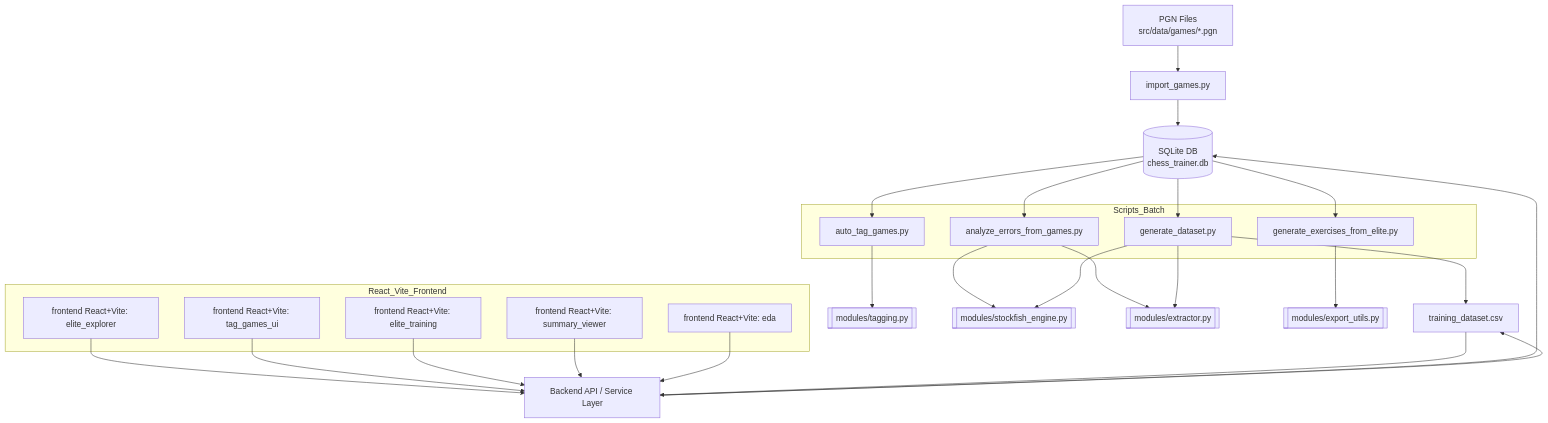
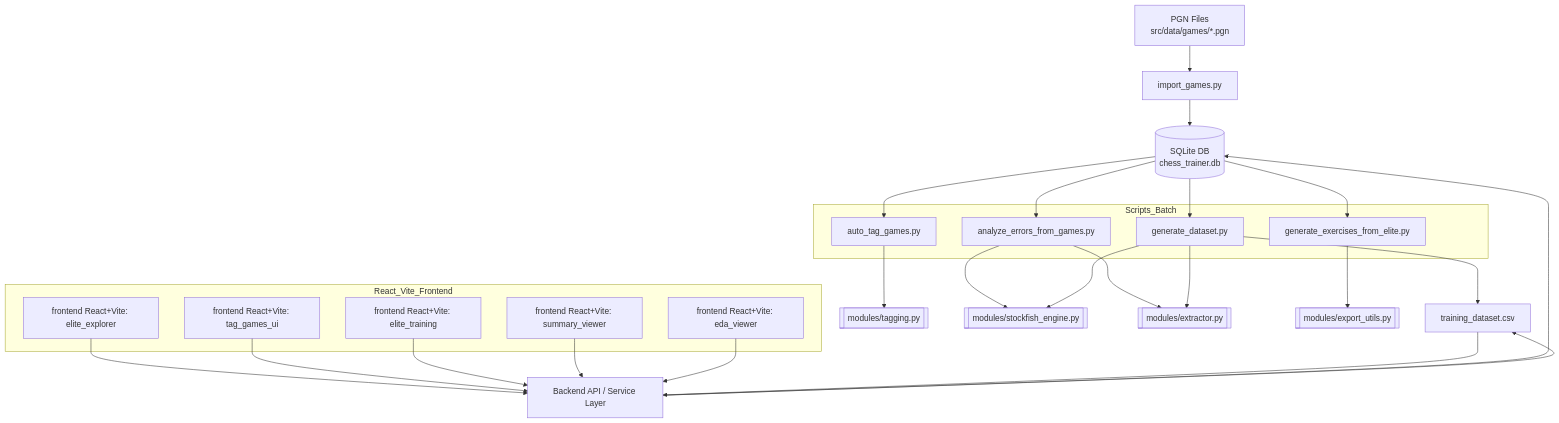
The diagram in src/architecture.md (cmessoftware/chessinsightai), drawn with Mermaid before and after one commit. The commit also changed 3 other files, not shown here.

````diff
--- a/src/architecture.md
+++ b/src/architecture.md
@@ -1,46 +1,46 @@
 ```mermaid
 graph TD
   A[PGN Files<br>src/data/games/*.pgn] --> B[import_games.py]
   B --> DB[(SQLite DB<br>chess_trainer.db)]
 
   DB --> C[auto_tag_games.py]
   DB --> D[analyze_errors_from_games.py]
   DB --> E[generate_exercises_from_elite.py]
   DB --> F[generate_dataset.py]
 
   C --> M1[[modules/tagging.py]]
   D --> M2[[modules/stockfish_engine.py]]
   D --> M3[[modules/extractor.py]]
   E --> M4[[modules/export_utils.py]]
   F --> M2
   F --> M3
 
   API[Backend API / Service Layer]
   G1[frontend React+Vite: elite_explorer] --> API
   G2[frontend React+Vite: tag_games_ui] --> API
   G3[frontend React+Vite: elite_training] --> API
   G4[frontend React+Vite: summary_viewer] --> API
   
   CSV[training_dataset.csv]
-  G5[frontend React+Vite: eda] --> API
+  G5[frontend React+Vite: eda_viewer] --> API
   API --> DB
   API --> CSV
 
   F --> CSV
   CSV --> API
 
   subgraph React_Vite_Frontend
     G1
     G2
     G3
     G4
     G5
   end
 
   subgraph Scripts_Batch
     C
     D
     E
     F
   end
 ```
````
